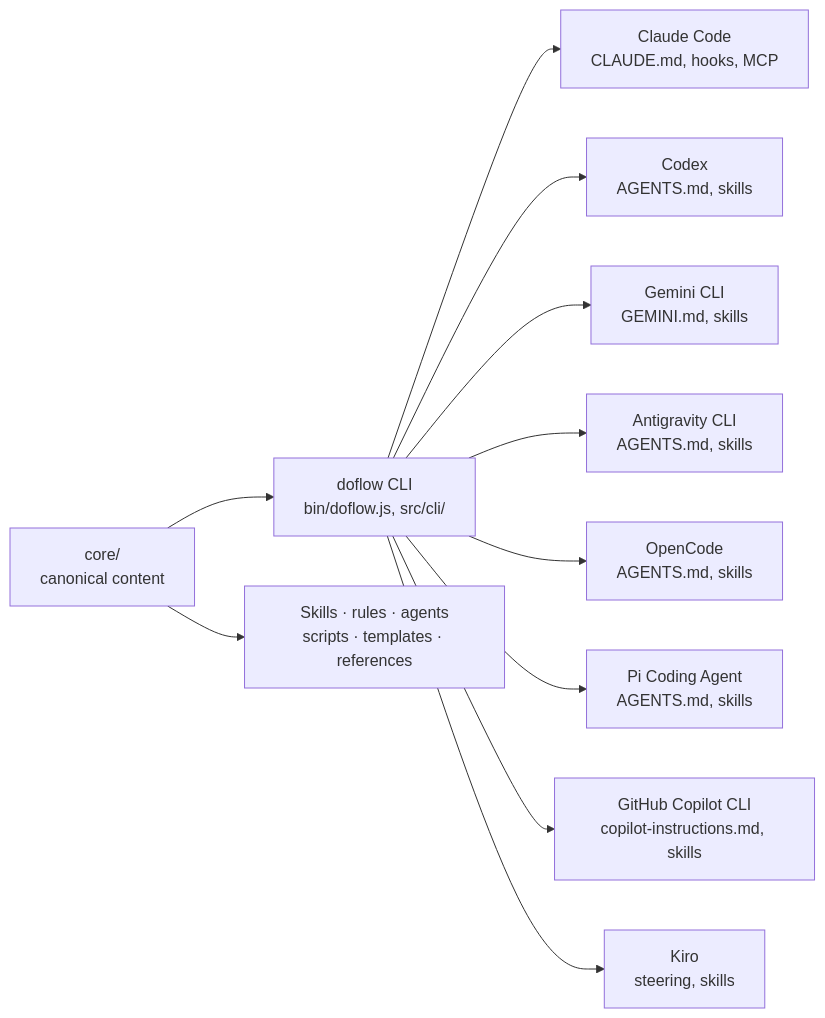
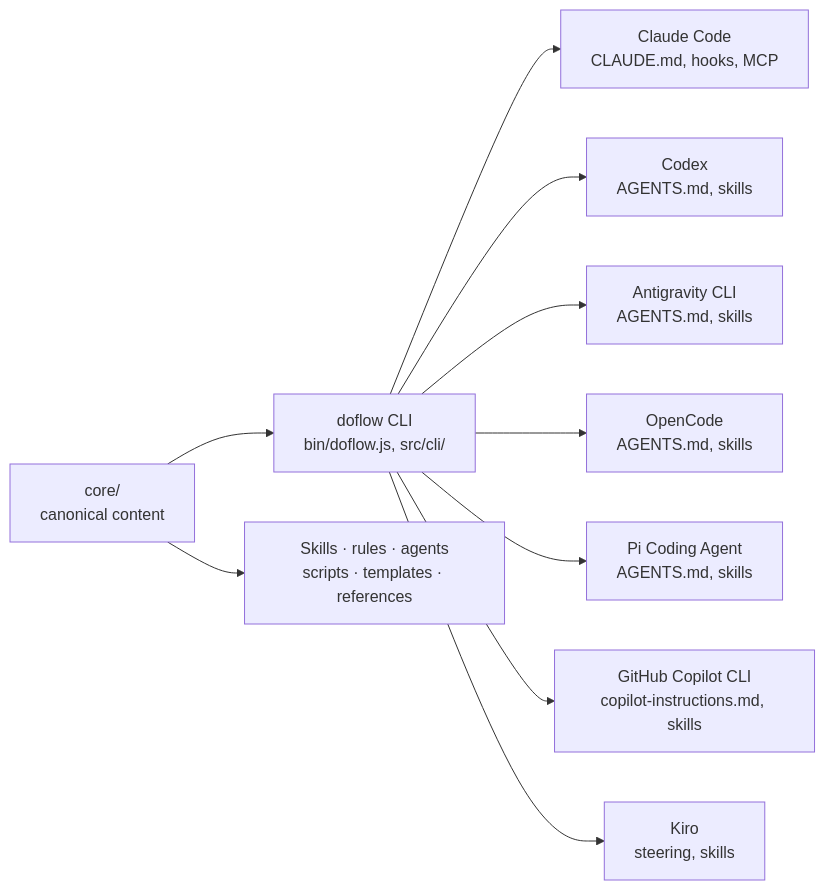
The second of 5 diagrams in docs/index.md (khoavu882/do-flow), drawn with Mermaid before and after one commit. The commit also changed other lines of this file and 15 other files, not shown here.

First line of the commit message:
docs: seven harnesses; Gemini CLI retired, Antigravity owns ~/.gemini/GEMINI.md

````diff
--- a/docs/index.md
+++ b/docs/index.md
@@ -35,13 +33,12 @@
 ```mermaid
 flowchart LR
     Core[core/\ncanonical content] --> Installer[doflow CLI\nbin/doflow.js, src/cli/]
     Installer --> Claude[Claude Code\nCLAUDE.md, hooks, MCP]
     Installer --> Codex[Codex\nAGENTS.md, skills]
-    Installer --> Gemini[Gemini CLI\nGEMINI.md, skills]
     Installer --> Anti[Antigravity CLI\nAGENTS.md, skills]
     Installer --> OpenCode[OpenCode\nAGENTS.md, skills]
     Installer --> Pi[Pi Coding Agent\nAGENTS.md, skills]
     Installer --> Copilot[GitHub Copilot CLI\ncopilot-instructions.md, skills]
     Installer --> Kiro[Kiro\nsteering, skills]
     Core --> Content[Skills · rules · agents\nscripts · templates · references]
 ```
````
